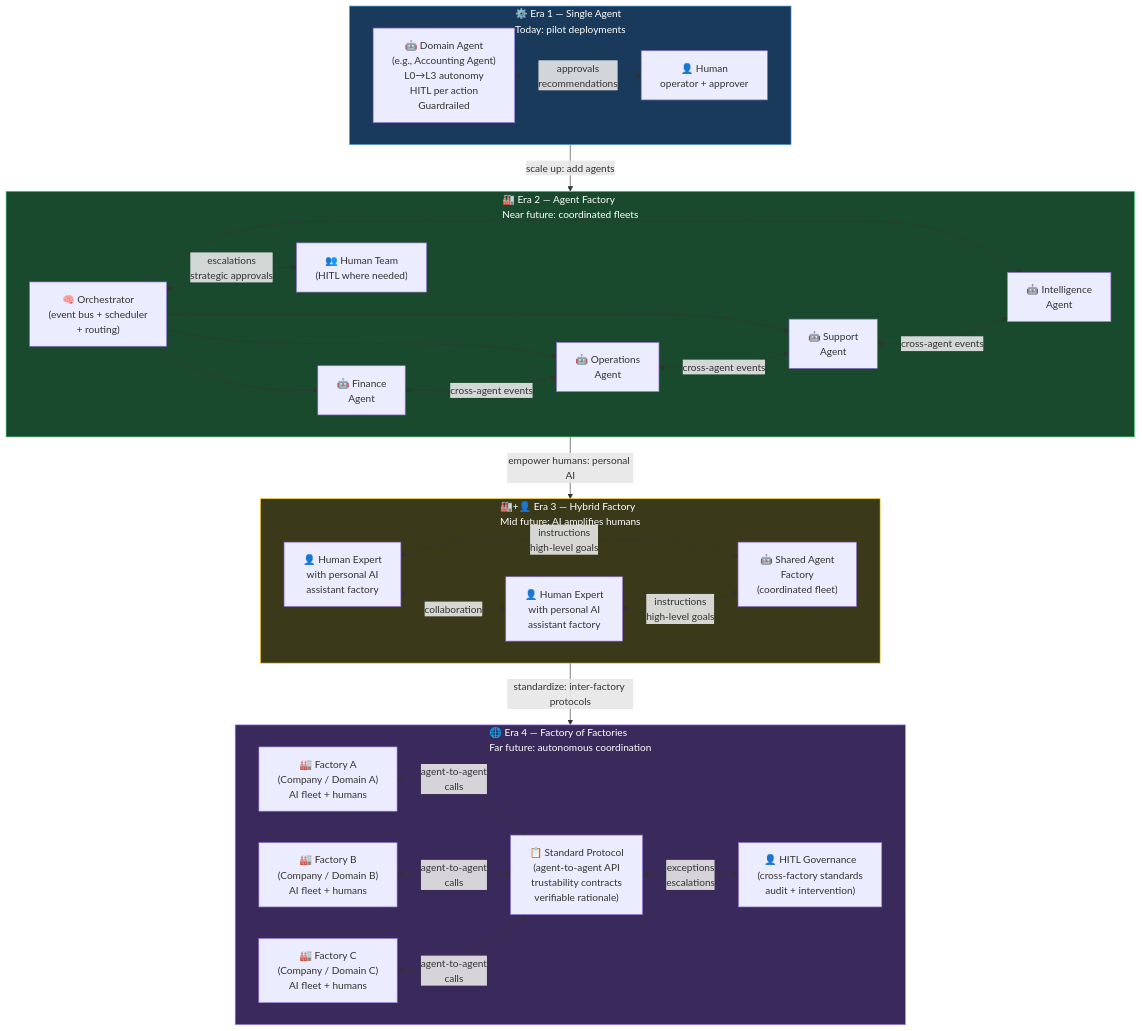
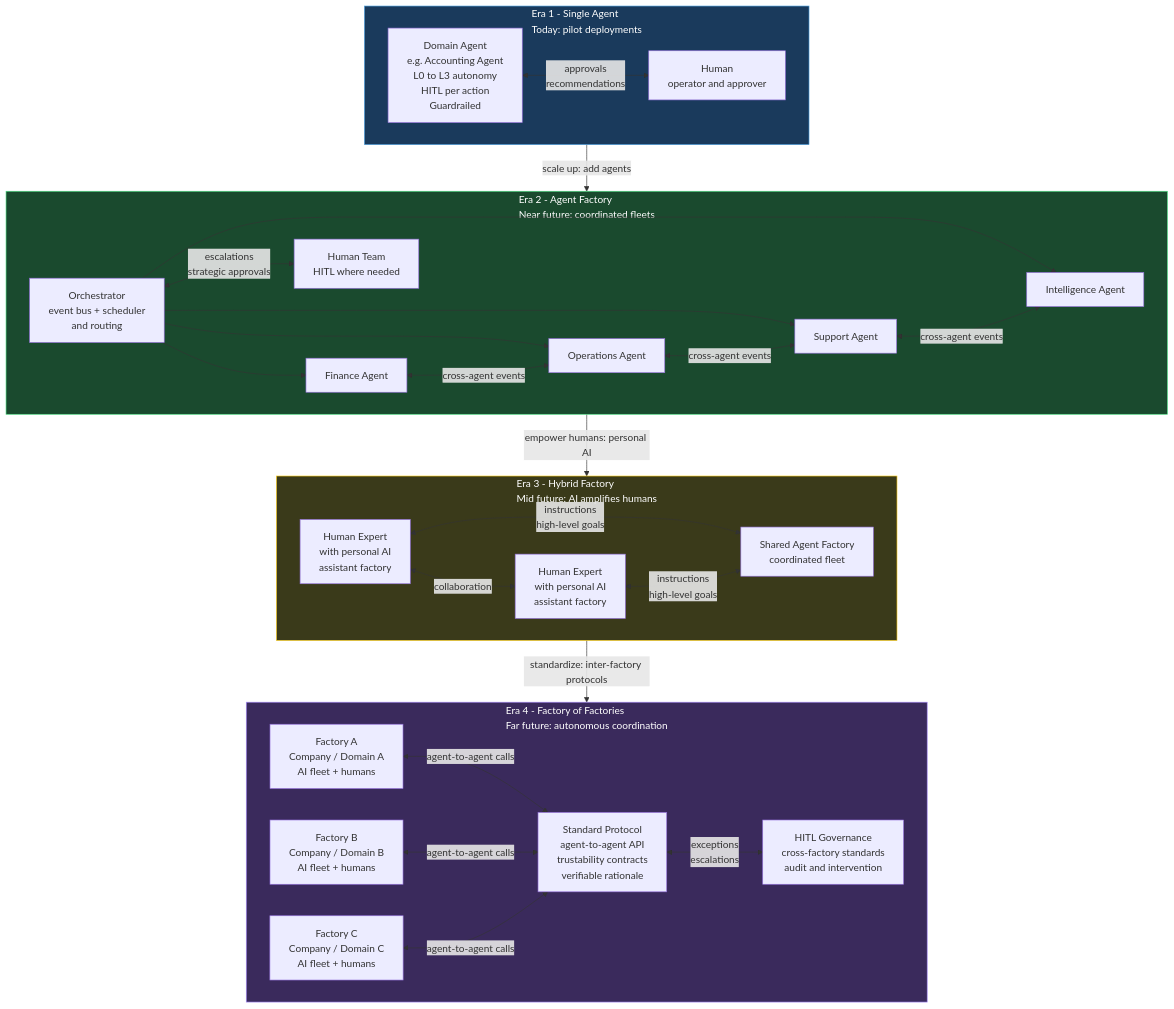
The third of 3 diagrams in docs/design-principles.md (fszale/agent-kernel), drawn with Mermaid before and after one commit. The commit also changed other lines of this file and 28 other files, not shown here.

````diff
--- a/docs/design-principles.md
+++ b/docs/design-principles.md
@@ -215,34 +208,33 @@
 ```mermaid
 graph TB
-    subgraph ERA1["⚙️ Era 1 — Single Agent
+    subgraph ERA1["Era 1 - Single Agent
 Today: pilot deployments"]
-        A1["🤖 Domain Agent
-(e.g., Accounting Agent)
-L0→L3 autonomy
+        A1["Domain Agent
+e.g. Accounting Agent
+L0 to L3 autonomy
 HITL per action
 Guardrailed"]
-        H1["👤 Human
-operator + approver"]
+        H1["Human
+operator and approver"]
         A1 <-->|"approvals
 recommendations"| H1
     end
 
-    subgraph ERA2["🏭 Era 2 — Agent Factory
+    subgraph ERA2["Era 2 - Agent Factory
 Near future: coordinated fleets"]
-        ORCH["🧠 Orchestrator
-(event bus + scheduler
-+ routing)"]
-        A2a["🤖 Finance
-Agent"]
-        A2b["🤖 Operations
-Agent"]
-        A2c["🤖 Support
-Agent"]
-        A2d["🤖 Intelligence
-Agent"]
-        H2["👥 Human Team
-(HITL where needed)"]
-        ORCH --> A2a & A2b & A2c & A2d
+        ORCH["Orchestrator
+event bus + scheduler
+and routing"]
+        A2a["Finance Agent"]
+        A2b["Operations Agent"]
+        A2c["Support Agent"]
+        A2d["Intelligence Agent"]
+        H2["Human Team
+HITL where needed"]
+        ORCH --> A2a
+        ORCH --> A2b
+        ORCH --> A2c
+        ORCH --> A2d
         A2a <-->|"cross-agent events"| A2b
         A2b <-->|"cross-agent events"| A2c
         A2c <-->|"cross-agent events"| A2d
@@ -250,17 +242,16 @@
 strategic approvals"| H2
     end
 
-    subgraph ERA3["🏭+👤 Era 3 — Hybrid Factory
+    subgraph ERA3["Era 3 - Hybrid Factory
 Mid future: AI amplifies humans"]
-        HF1["👤 Human Expert
+        HF1["Human Expert
 with personal AI
 assistant factory"]
-        HF2["👤 Human Expert
+        HF2["Human Expert
 with personal AI
 assistant factory"]
-        SHARED["🤖 Shared Agent
-Factory
-(coordinated fleet)"]
+        SHARED["Shared Agent Factory
+coordinated fleet"]
         HF1 <-->|"instructions
 high-level goals"| SHARED
         HF2 <-->|"instructions
@@ -268,30 +259,27 @@
         HF1 <-->|"collaboration"| HF2
     end
 
-    subgraph ERA4["🌐 Era 4 — Factory of Factories
+    subgraph ERA4["Era 4 - Factory of Factories
 Far future: autonomous coordination"]
-        FAC_A["🏭 Factory A
-(Company / Domain A)
+        FAC_A["Factory A
+Company / Domain A
 AI fleet + humans"]
-        FAC_B["🏭 Factory B
-(Company / Domain B)
+        FAC_B["Factory B
+Company / Domain B
 AI fleet + humans"]
-        FAC_C["🏭 Factory C
-(Company / Domain C)
+        FAC_C["Factory C
+Company / Domain C
 AI fleet + humans"]
-        PROTO["📋 Standard Protocol
-(agent-to-agent API
+        PROTO["Standard Protocol
+agent-to-agent API
 trustability contracts
-verifiable rationale)"]
-        FAC_A <-->|"agent-to-agent
-calls"| PROTO
-        FAC_B <-->|"agent-to-agent
-calls"| PROTO
-        FAC_C <-->|"agent-to-agent
-calls"| PROTO
-        HITL_GOV["👤 HITL Governance
-(cross-factory standards
-audit + intervention)"]
+verifiable rationale"]
+        FAC_A <-->|"agent-to-agent calls"| PROTO
+        FAC_B <-->|"agent-to-agent calls"| PROTO
+        FAC_C <-->|"agent-to-agent calls"| PROTO
+        HITL_GOV["HITL Governance
+cross-factory standards
+audit and intervention"]
         PROTO <-->|"exceptions
 escalations"| HITL_GOV
     end
````
